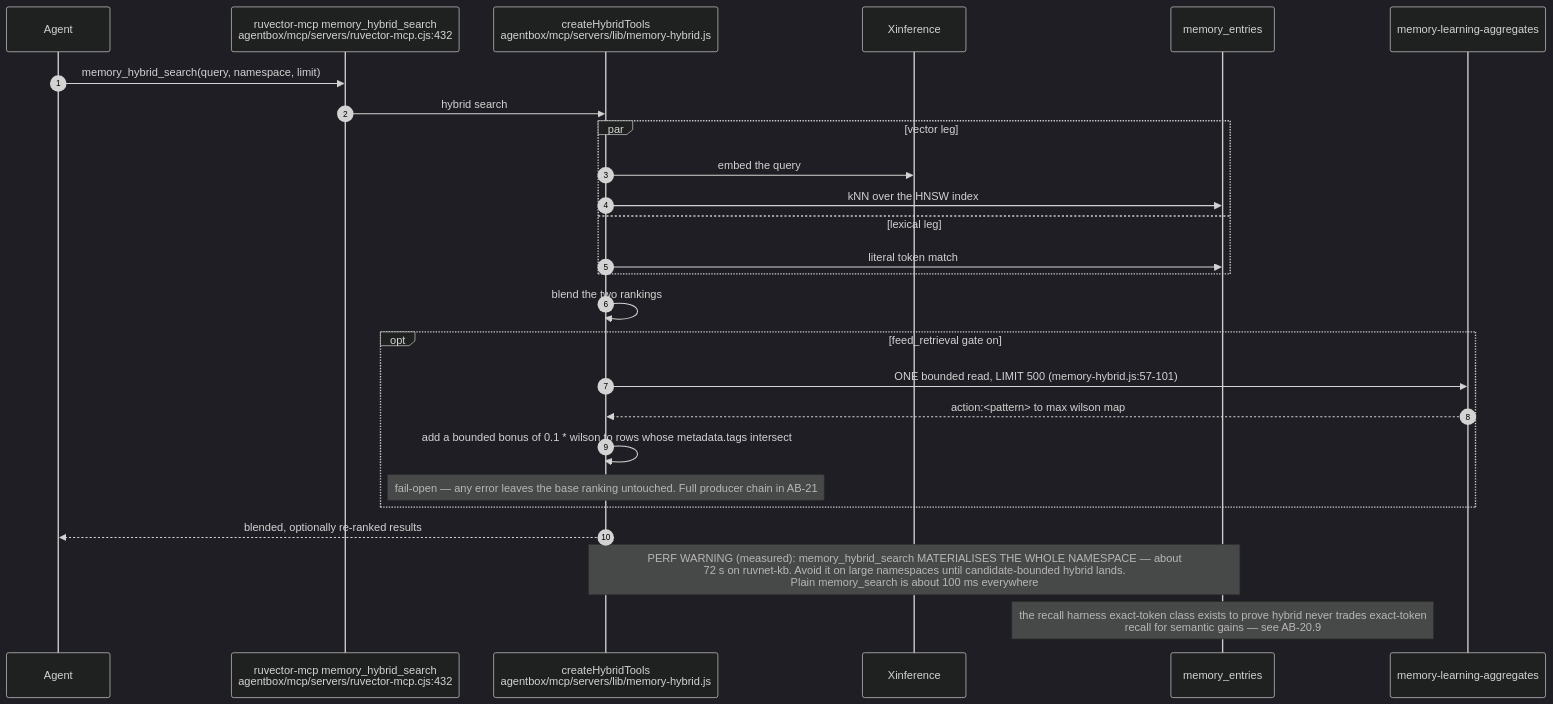
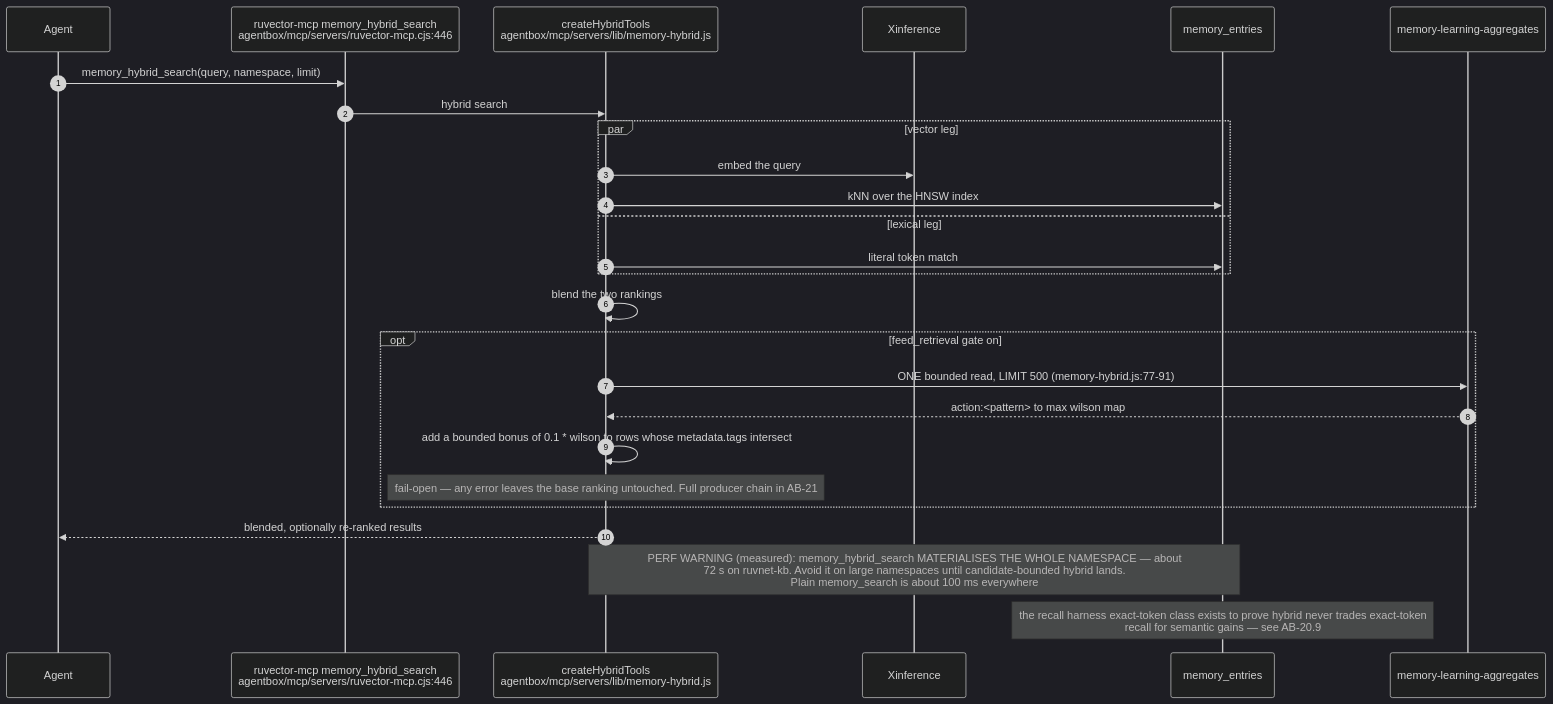
Before and after one commit to DreamLab-AI/VisionFlow: the fifth of 13 diagrams in docs/diagrams/agentbox/20-ruvector-memory-path.md, drawn with Mermaid (dark theme). The commit also changed other lines of this file and 136 other files, not shown here.

First line of the commit message:
docs(diagrams): refresh the whole corpus to code HEAD and prune low-value diagrams

````diff
--- a/docs/diagrams/agentbox/20-ruvector-memory-path.md
+++ b/docs/diagrams/agentbox/20-ruvector-memory-path.md
@@ -187,29 +197,29 @@
 ```mermaid
 sequenceDiagram
     autonumber
     participant AG as Agent
-    participant SRV as ruvector-mcp memory_hybrid_search<br/>agentbox/mcp/servers/ruvector-mcp.cjs:432
+    participant SRV as ruvector-mcp memory_hybrid_search<br/>agentbox/mcp/servers/ruvector-mcp.cjs:446
     participant HY as createHybridTools<br/>agentbox/mcp/servers/lib/memory-hybrid.js
     participant XI as Xinference
     participant PG as memory_entries
     participant AGG as memory-learning-aggregates
 
     AG->>SRV: memory_hybrid_search(query, namespace, limit)
     SRV->>HY: hybrid search
     par vector leg
         HY->>XI: embed the query
         HY->>PG: kNN over the HNSW index
     and lexical leg
         HY->>PG: literal token match
     end
     HY->>HY: blend the two rankings
     opt feed_retrieval gate on
-        HY->>AGG: ONE bounded read, LIMIT 500 (memory-hybrid.js:57-101)
+        HY->>AGG: ONE bounded read, LIMIT 500 (memory-hybrid.js:77-91)
         AGG-->>HY: action:<pattern> to max wilson map
         HY->>HY: add a bounded bonus of 0.1 * wilson to rows whose metadata.tags intersect
         Note over HY: fail-open — any error leaves the base ranking untouched. Full producer chain in AB-21
     end
     HY-->>AG: blended, optionally re-ranked results
     Note over HY,PG: PERF WARNING (measured): memory_hybrid_search MATERIALISES THE WHOLE NAMESPACE — about<br/>72 s on ruvnet-kb. Avoid it on large namespaces until candidate-bounded hybrid lands.<br/>Plain memory_search is about 100 ms everywhere
     Note over PG: the recall harness exact-token class exists to prove hybrid never trades exact-token<br/>recall for semantic gains — see AB-20.9
 ```
````
